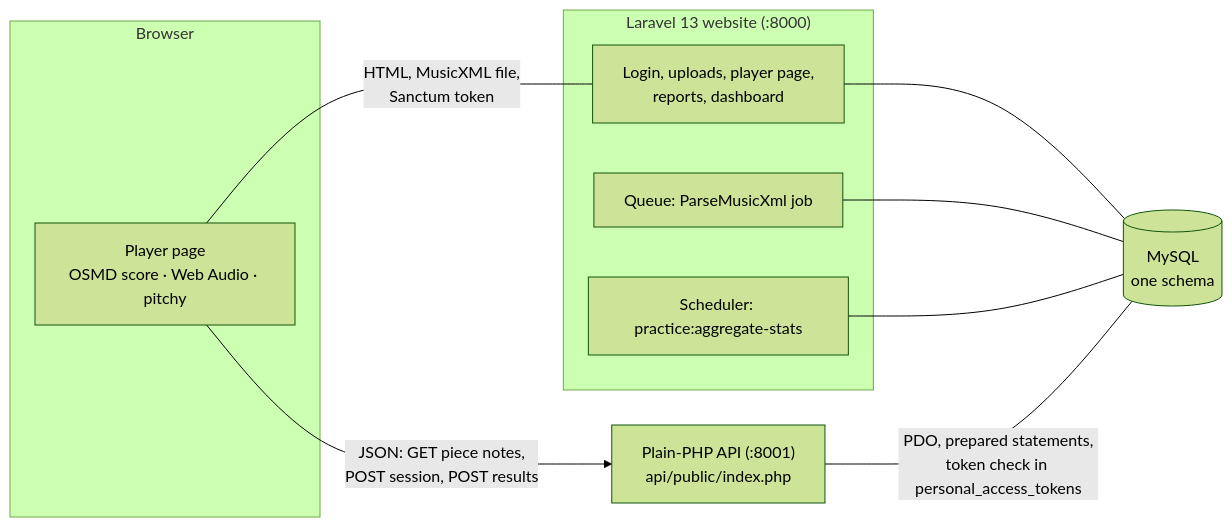
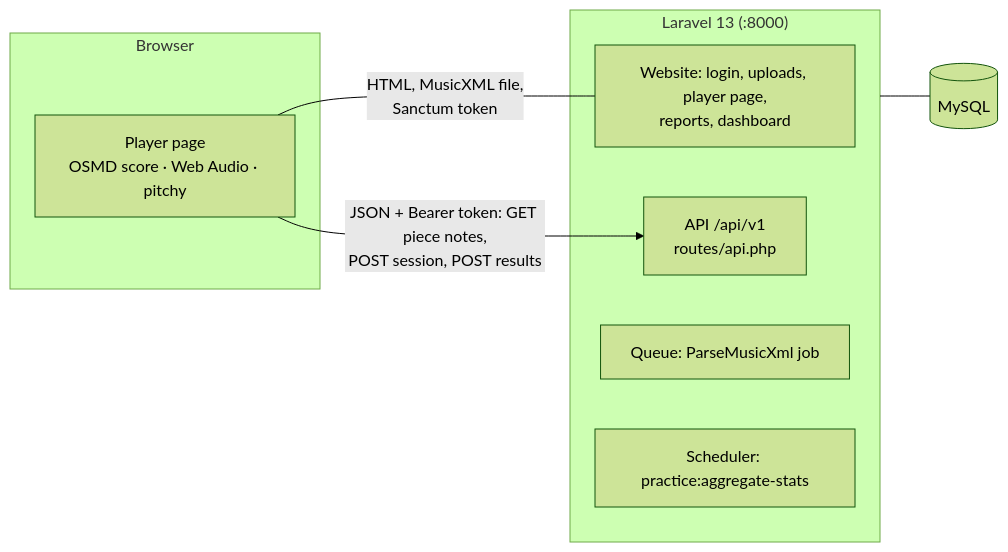
One commit to jo-maerz/pitchwise changed the diagram in README.md. Above: the diagram before and after it, drawn with Mermaid (forest theme). The commit also changed other lines of this file and 34 other files, not shown here.

Commit message:
Use Laravel API for the player (#1)

````diff
--- a/README.md
+++ b/README.md
@@ -11,19 +11,16 @@
 ```mermaid
 flowchart LR
     subgraph Browser
         P[Player page<br/>OSMD score · Web Audio · pitchy]
     end
-    subgraph Laravel["Laravel 13 website (:8000)"]
-        W[Login, uploads, player page,<br/>reports, dashboard]
+    subgraph Laravel["Laravel 13 (:8000)"]
+        W[Website: login, uploads, player page,<br/>reports, dashboard]
+        A["API /api/v1<br/>routes/api.php"]
         J[Queue: ParseMusicXml job]
         S[Scheduler: practice:aggregate-stats]
     end
-    A["Plain-PHP API (:8001)<br/>api/public/index.php"]
-    D[(MySQL<br/>one schema)]
+    D[(MySQL)]
     P -- "HTML, MusicXML file,<br/>Sanctum token" --- W
-    P -- "JSON: GET piece notes,<br/>POST session, POST results" --> A
-    W --- D
-    J --- D
-    S --- D
-    A -- "PDO, prepared statements,<br/>token check in personal_access_tokens" --- D
+    P -- "JSON + Bearer token: GET piece notes,<br/>POST session, POST results" --> A
+    Laravel --- D
 ```
````
